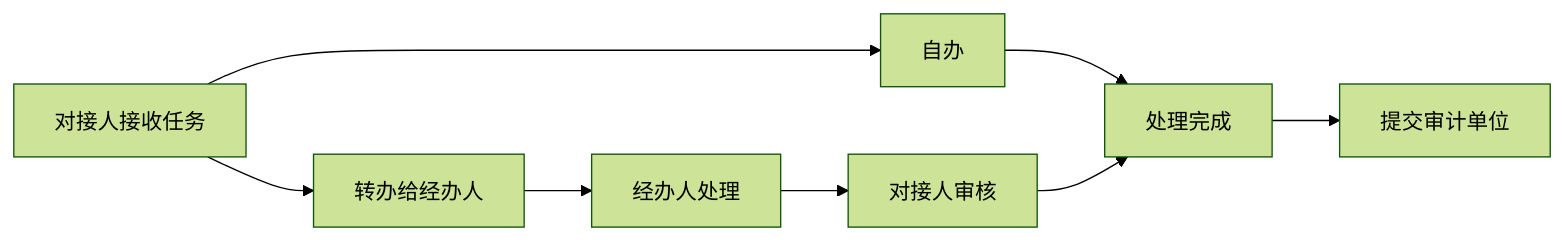
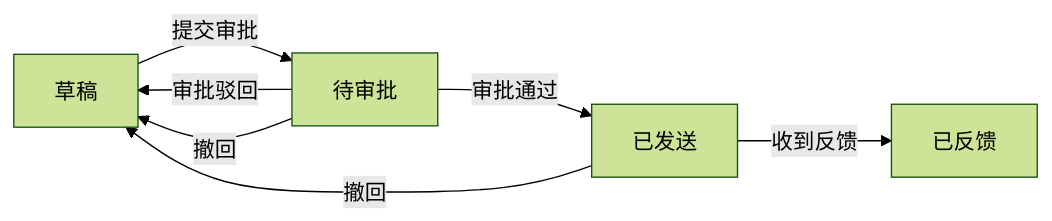
The seventh of 7 diagrams in test-fixture/output/prd/prd.md (loengchiu/ShitPM2), drawn with Mermaid (forest theme) before and after one commit. The commit also changed other lines of this file and 19 other files, not shown here.

````diff
--- a/test-fixture/output/prd/prd.md
+++ b/test-fixture/output/prd/prd.md
@@ -1028,10 +690,9 @@
 ```mermaid
 flowchart LR
-    A[对接人接收任务] --> B[自办]
-    A --> C[转办给经办人]
-    B --> D[处理完成]
-    C --> E[经办人处理]
-    E --> F[对接人审核]
-    F --> D
-    D --> G[提交审计单位]
+    A[草稿] -->|提交审批| B[待审批]
+    B -->|审批通过| C[已发送]
+    B -->|审批驳回| A
+    B -->|撤回| A
+    C -->|收到反馈| D[已反馈]
+    C -->|撤回| A
 ```
````
